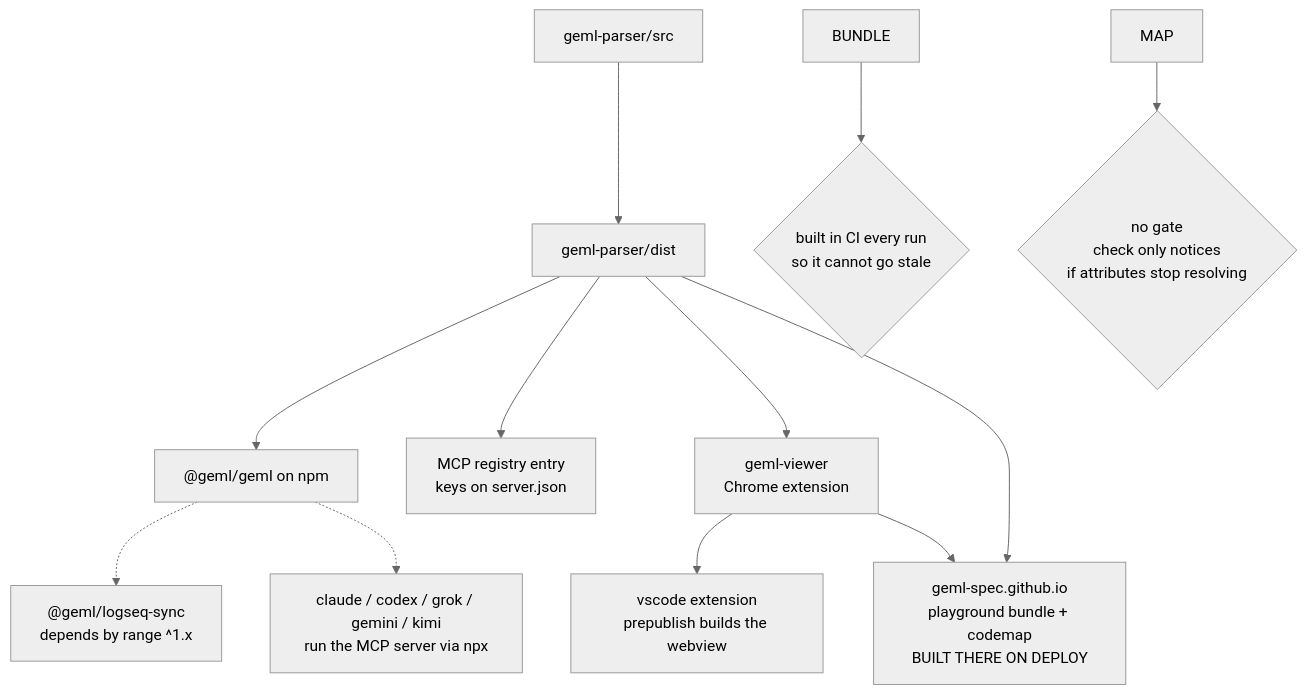
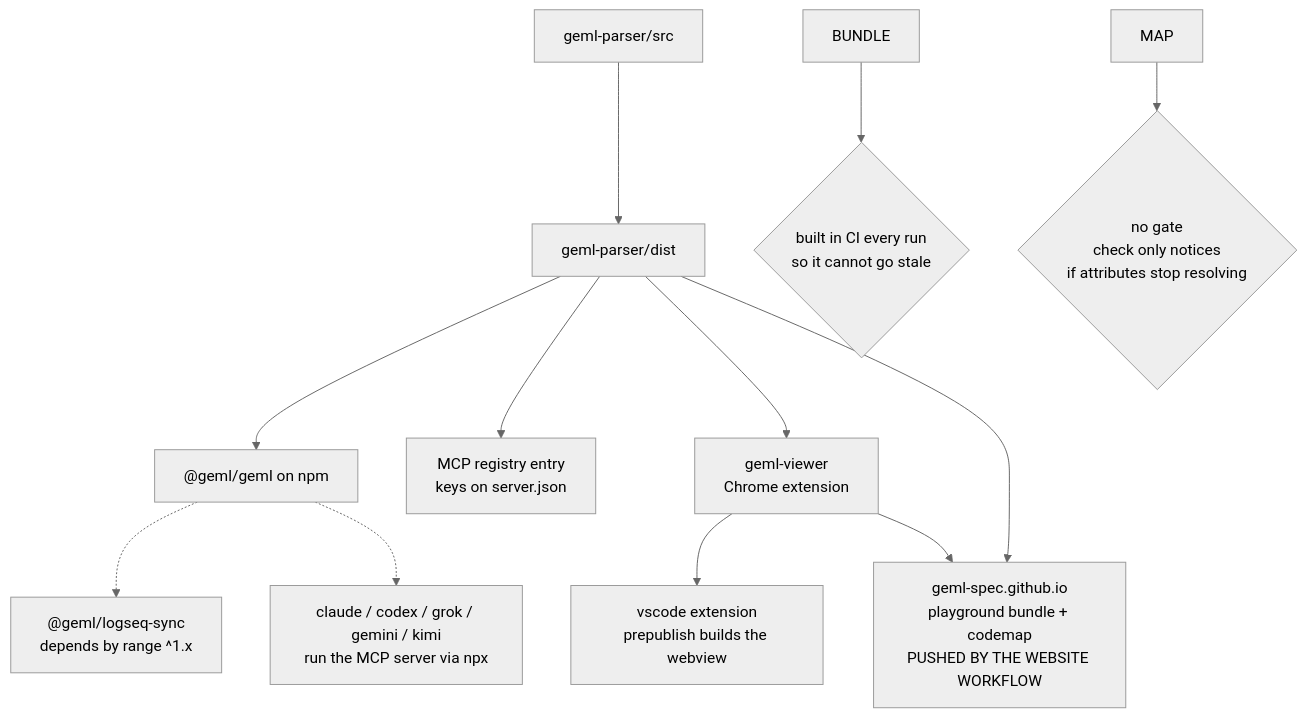
Before and after one commit to geml-spec/geml: the diagram in docs/PUBLISHING.md, drawn with Mermaid (neutral theme). The commit also changed other lines of this file and 153 other files, not shown here.

````diff
--- a/docs/PUBLISHING.md
+++ b/docs/PUBLISHING.md
@@ -24,17 +24,17 @@
 ```mermaid
 flowchart TD
   SRC["geml-parser/src"] --> DIST["geml-parser/dist"]
 
   DIST --> NPM["@geml/geml on npm"]
   DIST --> MCP["MCP registry entry<br/>keys on server.json"]
   DIST --> VIEWER["geml-viewer<br/>Chrome extension"]
-  DIST --> SITE["geml-spec.github.io<br/>playground bundle + codemap<br/>BUILT THERE ON DEPLOY"]
+  DIST --> SITE["geml-spec.github.io<br/>playground bundle + codemap<br/>PUSHED BY THE WEBSITE WORKFLOW"]
   VIEWER --> VSCODE["vscode extension<br/>prepublish builds the webview"]
   VIEWER --> SITE
 
   NPM -.-> LOGSEQ["@geml/logseq-sync<br/>depends by range ^1.x"]
   NPM -.-> PLUGINS["claude / codex / grok / gemini / kimi<br/>run the MCP server via npx"]
 
   BUNDLE --> G1{"built in CI every run<br/>so it cannot go stale"}
   MAP --> G2{"no gate<br/>check only notices<br/>if attributes stop resolving"}
 ```
````
